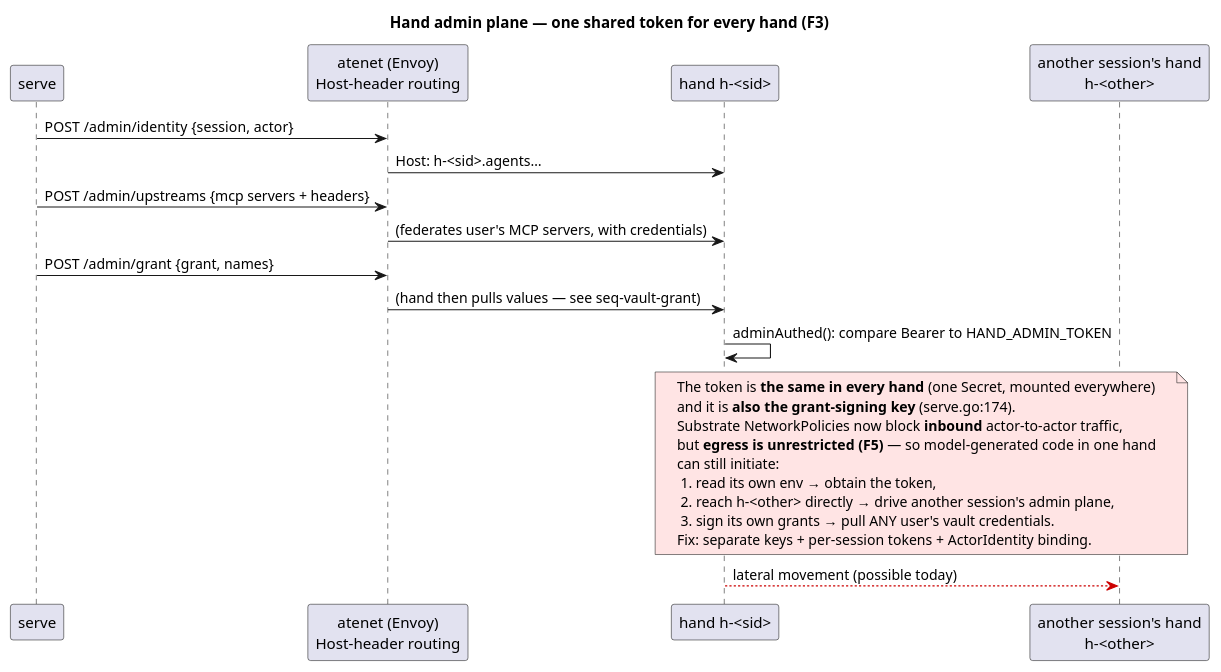
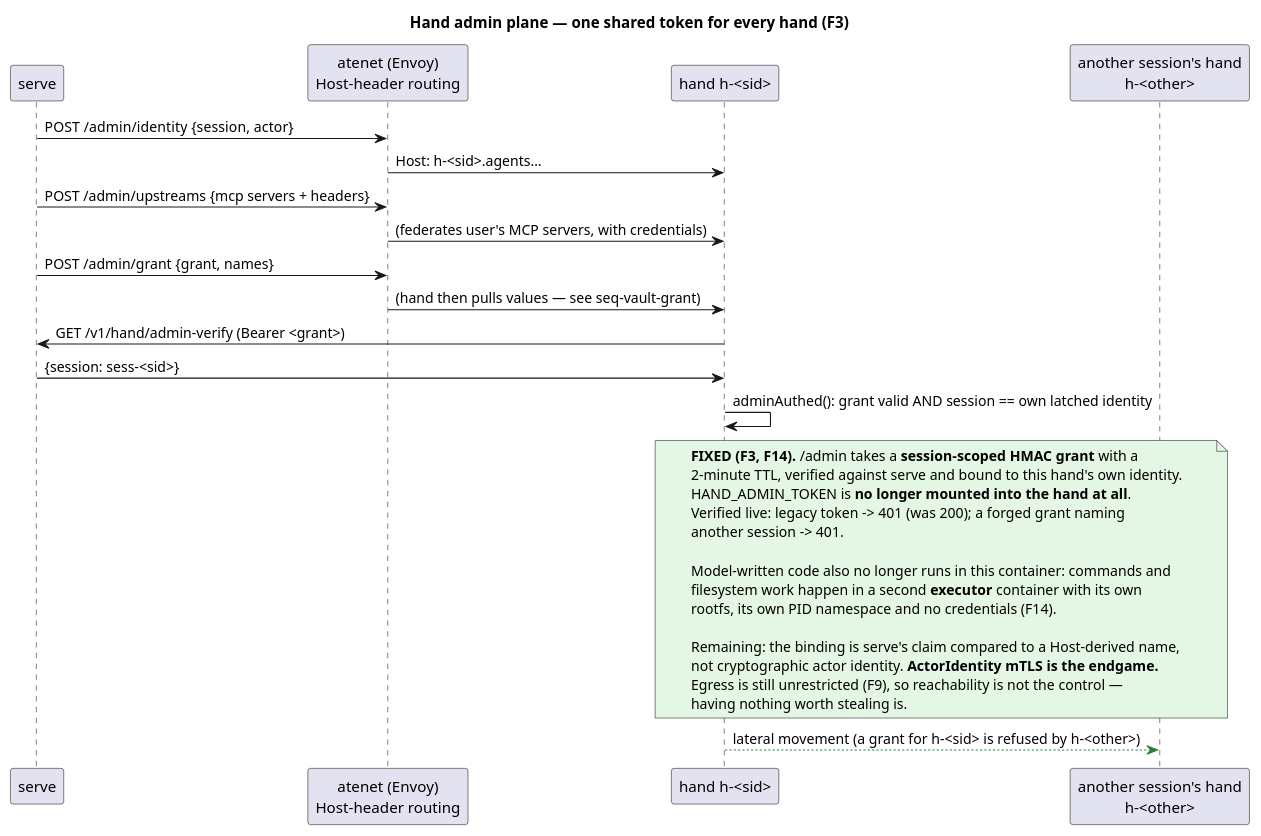
One commit to agents-community/supercluster changed the diagram in agentplane/docs/threat-model/seq-hand-admin.puml. Above: the diagram before and after it, drawn with PlantUML. The commit also changed 10 other files, not shown here.

```diff
--- a/agentplane/docs/threat-model/seq-hand-admin.puml
+++ b/agentplane/docs/threat-model/seq-hand-admin.puml
@@ -1,29 +1,36 @@
 @startuml seq-hand-admin
 title Hand admin plane — one shared token for every hand (F3)
 
 participant "serve" as serve
 participant "atenet (Envoy)\nHost-header routing" as net
 participant "hand h-<sid>" as hand
 participant "another session's hand\nh-<other>" as other
 
 serve -> net : POST /admin/identity  {session, actor}
 net -> hand : Host: h-<sid>.agents…
 serve -> net : POST /admin/upstreams {mcp servers + headers}
 net -> hand : (federates user's MCP servers, with credentials)
 serve -> net : POST /admin/grant {grant, names}
 net -> hand : (hand then pulls values — see seq-vault-grant)
-hand -> hand : adminAuthed(): compare Bearer to HAND_ADMIN_TOKEN
+hand -> serve : GET /v1/hand/admin-verify (Bearer <grant>)
+serve -> hand : {session: sess-<sid>}
+hand -> hand : adminAuthed(): grant valid AND session == own latched identity
 
-note over hand, other #FFE4E4
-  The token is <b>the same in every hand</b> (one Secret, mounted everywhere)
-  and it is <b>also the grant-signing key</b> (serve.go:174).
-  Substrate NetworkPolicies now block <b>inbound</b> actor-to-actor traffic,
-  but <b>egress is unrestricted (F5)</b> — so model-generated code in one hand
-  can still initiate:
-   1. read its own env → obtain the token,
-   2. reach h-<other> directly → drive another session's admin plane,
-   3. sign its own grants → pull ANY user's vault credentials.
-  Fix: separate keys + per-session tokens + ActorIdentity binding.
+note over hand, other #E4F7E4
+  <b>FIXED (F3, F14).</b> /admin takes a <b>session-scoped HMAC grant</b> with a
+  2-minute TTL, verified against serve and bound to this hand's own identity.
+  HAND_ADMIN_TOKEN is <b>no longer mounted into the hand at all</b>.
+  Verified live: legacy token -> 401 (was 200); a forged grant naming
+  another session -> 401.
+
+  Model-written code also no longer runs in this container: commands and
+  filesystem work happen in a second <b>executor</b> container with its own
+  rootfs, its own PID namespace and no credentials (F14).
+
+  Remaining: the binding is serve's claim compared to a Host-derived name,
+  not cryptographic actor identity. <b>ActorIdentity mTLS is the endgame.</b>
+  Egress is still unrestricted (F9), so reachability is not the control —
+  having nothing worth stealing is.
 end note
-hand -[#CC0000]-> other : lateral movement (possible today)
+hand -[#2E7D32]-> other : lateral movement (a grant for h-<sid> is refused by h-<other>)
 @enduml
```
